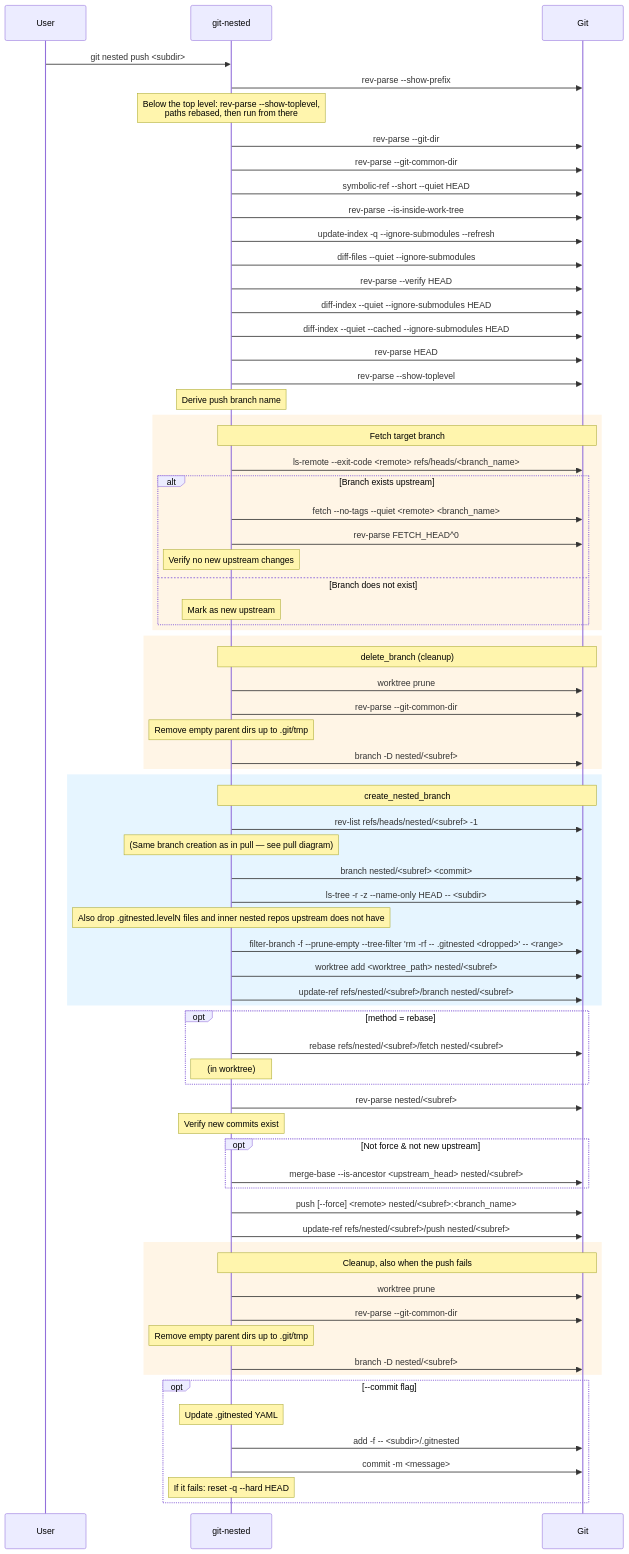
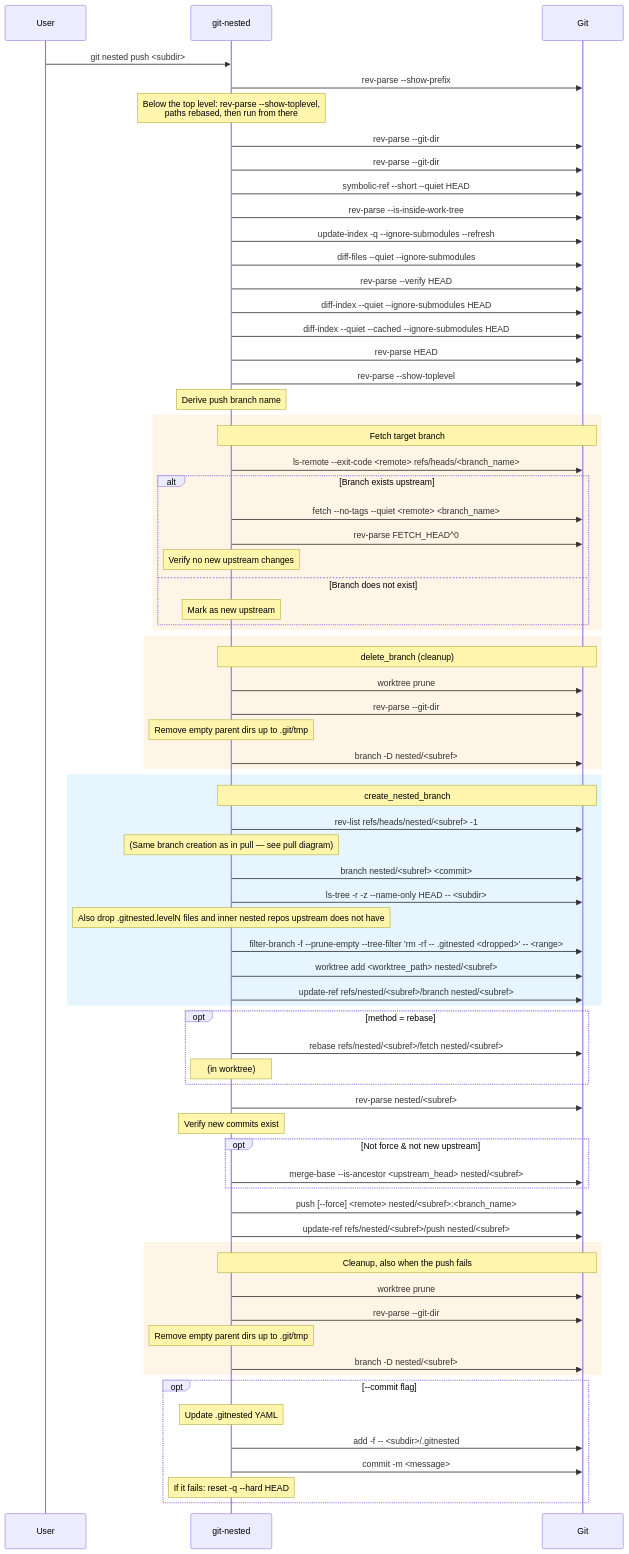
One commit to thorsten-klein/git-nested changed the fifth of 14 diagrams in docs/diagrams.md. Above: the diagram before and after it, drawn with Mermaid. The commit also changed other lines of this file and 7 other files, not shown here.

```diff
--- a/docs/diagrams.md
+++ b/docs/diagrams.md
@@ -243,7 +243,7 @@
     git-nested->>Git: rev-parse --show-prefix
     Note over git-nested: Below the top level: rev-parse --show-toplevel,<br/>paths rebased, then run from there
     git-nested->>Git: rev-parse --git-dir
-    git-nested->>Git: rev-parse --git-common-dir
+    git-nested->>Git: rev-parse --git-dir
     git-nested->>Git: symbolic-ref --short --quiet HEAD
     git-nested->>Git: rev-parse --is-inside-work-tree
     git-nested->>Git: update-index -q --ignore-submodules --refresh
@@ -271,7 +271,7 @@
     rect rgb(255, 245, 230)
         Note over git-nested,Git: delete_branch (cleanup)
         git-nested->>Git: worktree prune
-        git-nested->>Git: rev-parse --git-common-dir
+        git-nested->>Git: rev-parse --git-dir
         Note over git-nested: Remove empty parent dirs up to .git/tmp
         git-nested->>Git: branch -D nested/<subref>
     end
@@ -306,7 +306,7 @@
     rect rgb(255, 245, 230)
         Note over git-nested,Git: Cleanup, also when the push fails
         git-nested->>Git: worktree prune
-        git-nested->>Git: rev-parse --git-common-dir
+        git-nested->>Git: rev-parse --git-dir
         Note over git-nested: Remove empty parent dirs up to .git/tmp
         git-nested->>Git: branch -D nested/<subref>
     end
```
